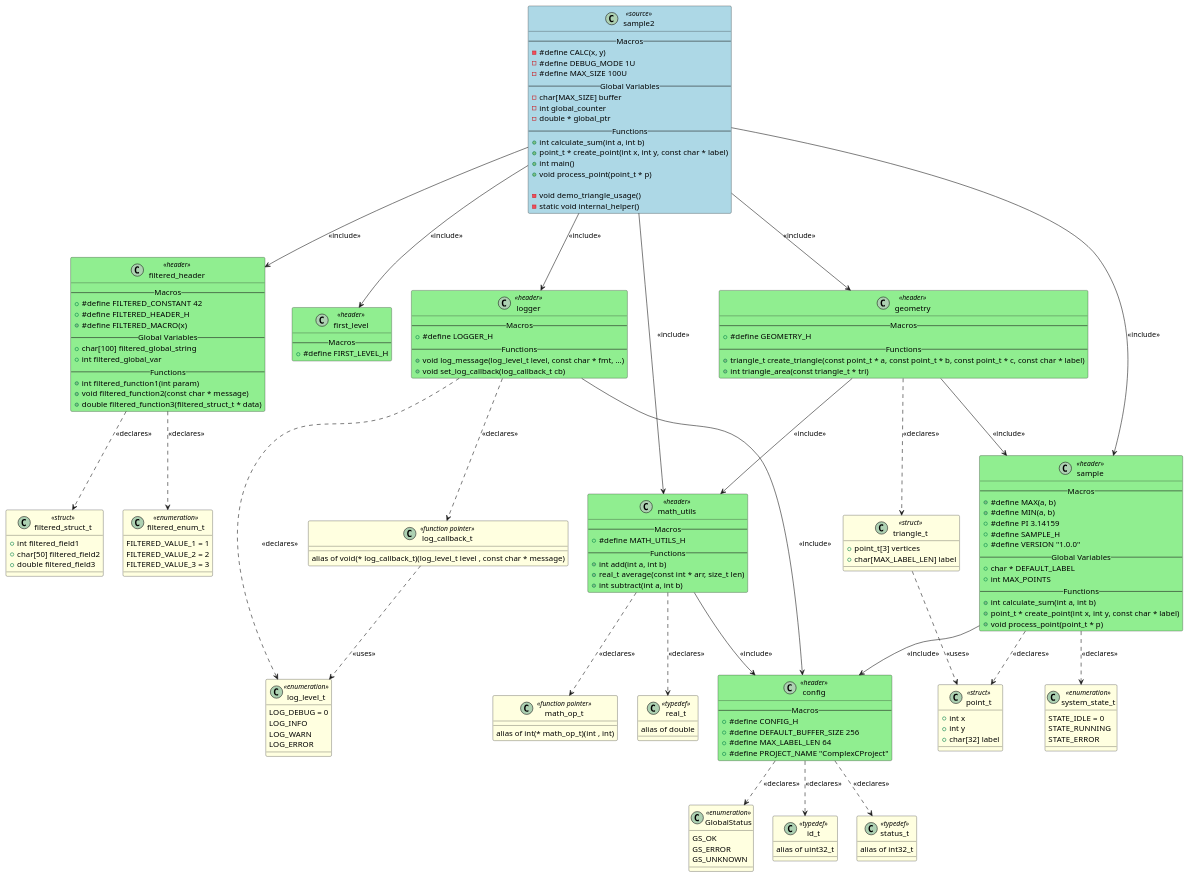
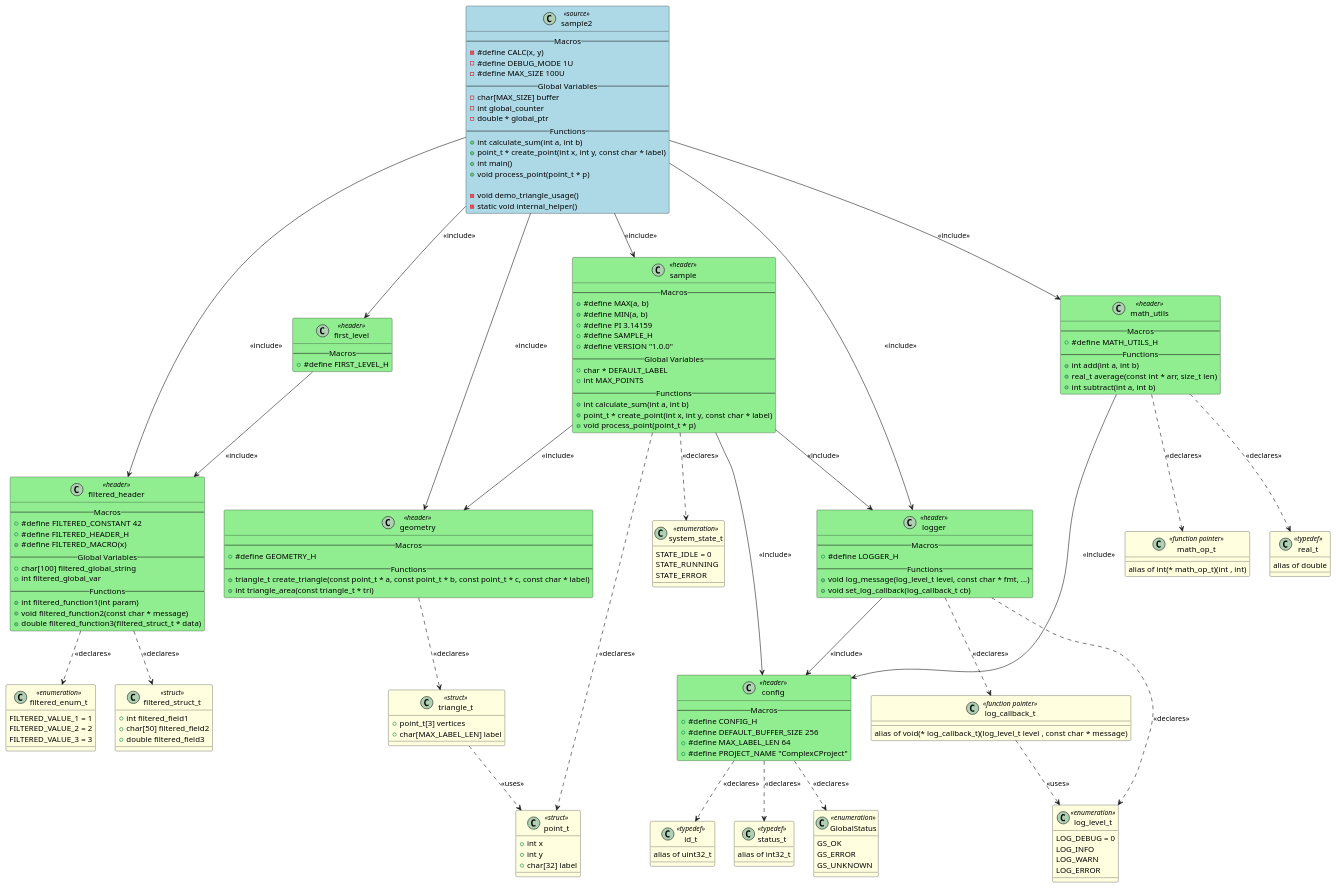
Before and after one commit to fischerjooo/c2puml: the diagram in artifacts/output_example/sample2.puml, drawn with PlantUML. The commit also changed 18 other files, not shown here.

Commit message:
Fix nondeterministic include relations in PlantUML diagram generation

```diff
--- a/artifacts/output_example/sample2.puml
+++ b/artifacts/output_example/sample2.puml
@@ -171,11 +171,12 @@
 
 
 ' Include relationships
-HEADER_GEOMETRY --> HEADER_MATH_UTILS : <<include>>
-HEADER_GEOMETRY --> HEADER_SAMPLE : <<include>>
+HEADER_FIRST_LEVEL --> HEADER_FILTERED_HEADER : <<include>>
 HEADER_LOGGER --> HEADER_CONFIG : <<include>>
 HEADER_MATH_UTILS --> HEADER_CONFIG : <<include>>
 HEADER_SAMPLE --> HEADER_CONFIG : <<include>>
+HEADER_SAMPLE --> HEADER_GEOMETRY : <<include>>
+HEADER_SAMPLE --> HEADER_LOGGER : <<include>>
 SAMPLE2 --> HEADER_FILTERED_HEADER : <<include>>
 SAMPLE2 --> HEADER_FIRST_LEVEL : <<include>>
 SAMPLE2 --> HEADER_GEOMETRY : <<include>>
```
